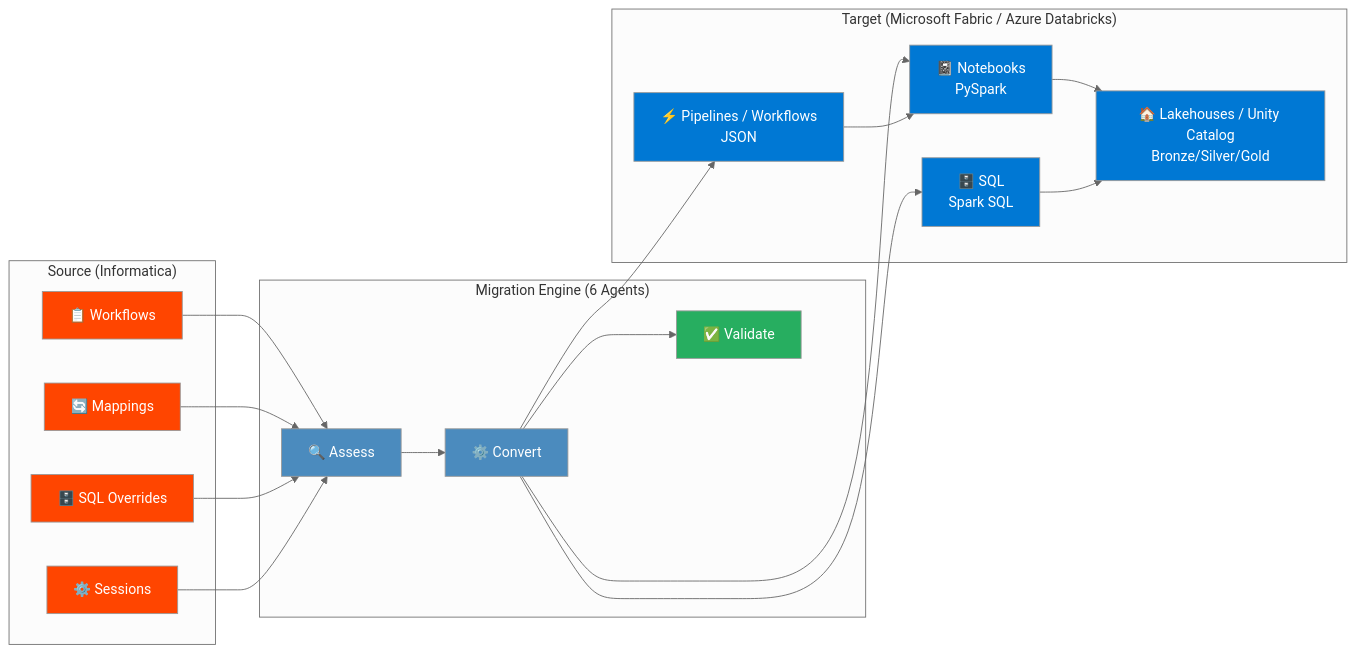
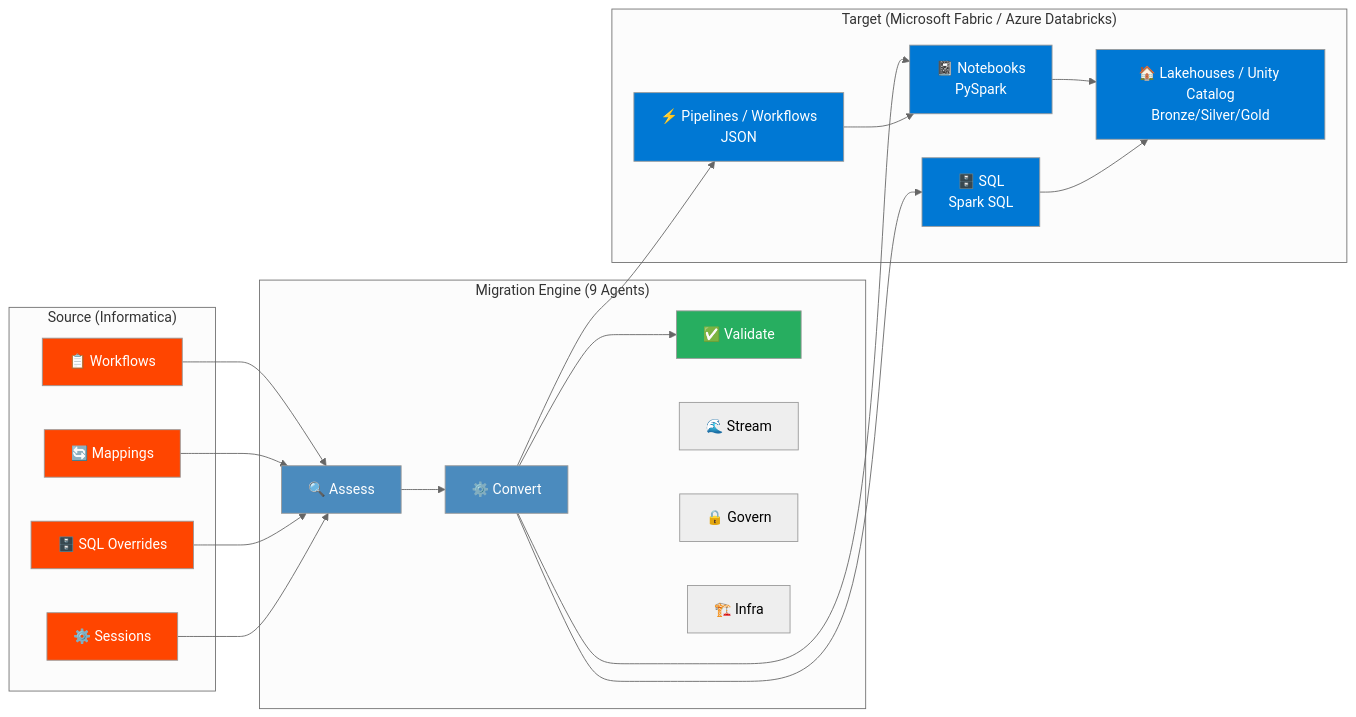
The first of 6 diagrams in MIGRATION_PLAN.md (cyphou/InformaticaToFabric), drawn with Mermaid (neutral theme) before and after one commit. The commit also changed other lines of this file and 8 other files, not shown here.

````diff
--- a/MIGRATION_PLAN.md
+++ b/MIGRATION_PLAN.md
@@ -32,47 +32,50 @@
 ```mermaid
 flowchart LR
     subgraph "Source (Informatica)"
         WF["📋 Workflows"]
         MAP["🔄 Mappings"]
         SQL_S["🗄️ SQL Overrides"]
         SESS["⚙️ Sessions"]
     end
 
-    subgraph "Migration Engine (6 Agents)"
+    subgraph "Migration Engine (9 Agents)"
         ASS["🔍 Assess"]
         CONV["⚙️ Convert"]
         VAL["✅ Validate"]
+        STR["🌊 Stream"]
+        GOV["🔒 Govern"]
+        INF["🏗️ Infra"]
     end
 
     subgraph "Target (Microsoft Fabric / Azure Databricks)"
         NB["📓 Notebooks\nPySpark"]
         PL["⚡ Pipelines / Workflows\nJSON"]
         SQL_T["🗄️ SQL\nSpark SQL"]
         LH["🏠 Lakehouses / Unity Catalog\nBronze/Silver/Gold"]
     end
 
     WF --> ASS
     MAP --> ASS
     SQL_S --> ASS
     SESS --> ASS
     ASS --> CONV
     CONV --> NB
     CONV --> PL
     CONV --> SQL_T
     CONV --> VAL
     NB --> LH
     SQL_T --> LH
     PL --> NB
 
     style WF fill:#FF4500,color:#fff
     style MAP fill:#FF4500,color:#fff
     style SQL_S fill:#FF4500,color:#fff
     style SESS fill:#FF4500,color:#fff
     style ASS fill:#4B8BBE,color:#fff
     style CONV fill:#4B8BBE,color:#fff
     style VAL fill:#27AE60,color:#fff
     style NB fill:#0078D4,color:#fff
     style PL fill:#0078D4,color:#fff
     style SQL_T fill:#0078D4,color:#fff
     style LH fill:#0078D4,color:#fff
 ```
````
